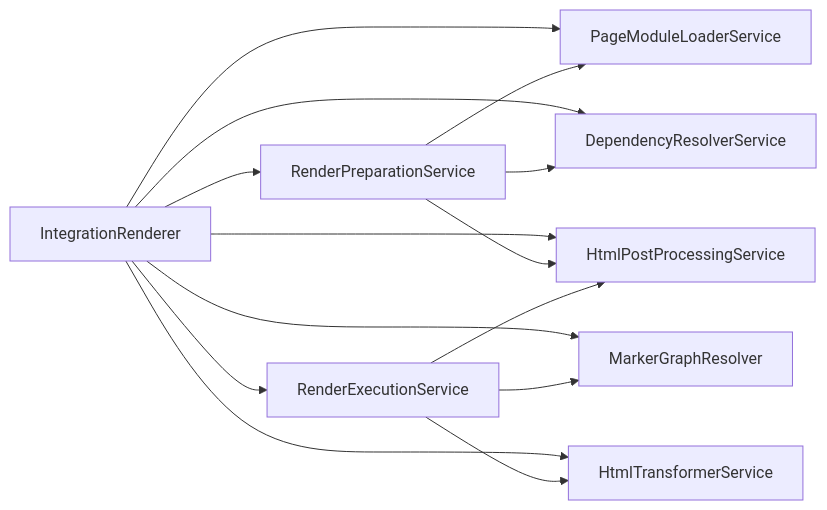
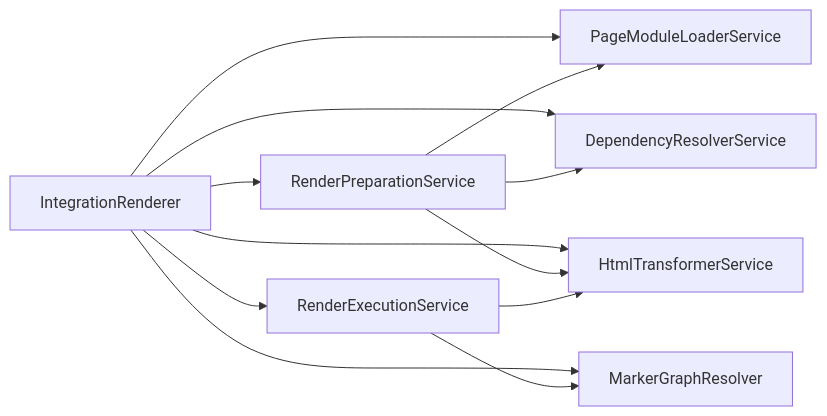
Before and after one commit to ecopages/ecopages: the seventh of 11 diagrams in packages/core/src/route-renderer/GRAPH.md, drawn with Mermaid. The commit also changed other lines of this file and 8 other files, not shown here.

Commit message:
refactor(core): fold html post processing into transformer

````diff
--- a/packages/core/src/route-renderer/GRAPH.md
+++ b/packages/core/src/route-renderer/GRAPH.md
@@ -188,17 +188,15 @@
 ```mermaid
 flowchart LR
   A[IntegrationRenderer] --> B[RenderPreparationService]
   A --> C[RenderExecutionService]
   A --> D[MarkerGraphResolver]
-  A --> E[HtmlPostProcessingService]
   A --> F[PageModuleLoaderService]
   A --> G[DependencyResolverService]
   A --> H[HtmlTransformerService]
 
   B --> F
   B --> G
-  B --> E
+  B --> H
   C --> D
-  C --> E
   C --> H
 ```
````
